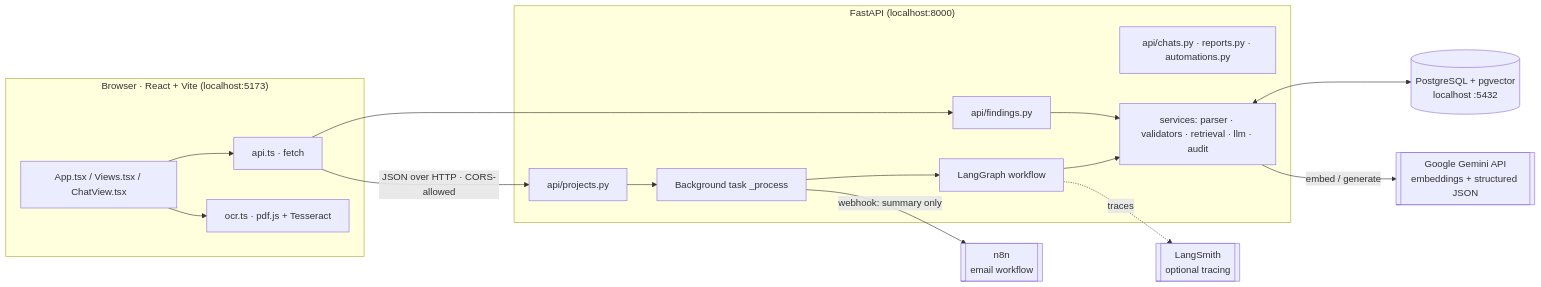
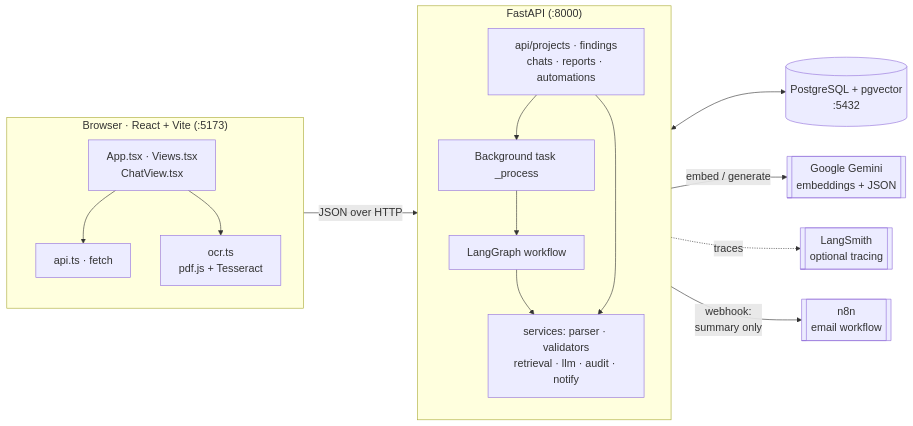
One commit to Abhinav-git1/FiberDoc_AI changed the first of 3 diagrams in PROJECT_OVERVIEW.md. Above: the diagram before and after it, drawn with Mermaid. The commit also changed 2 other files, not shown here.

Commit message:
Architecture diagrams: horizontal flow, boxes stacked inside each group so they render bigger

````diff
--- a/PROJECT_OVERVIEW.md
+++ b/PROJECT_OVERVIEW.md
@@ -62,34 +62,33 @@
 ```mermaid
-%%{init: {"flowchart": {"useMaxWidth": false}}}%%
+%%{init: {"themeVariables": {"fontSize": "18px"}}}%%
 flowchart LR
-  subgraph Browser["Browser · React + Vite (localhost:5173)"]
-    UI[App.tsx / Views.tsx / ChatView.tsx]
+  subgraph Browser["Browser · React + Vite (:5173)"]
+    direction TB
+    UI[App.tsx · Views.tsx<br/>ChatView.tsx]
     API[api.ts · fetch]
-    OCR[ocr.ts · pdf.js + Tesseract]
+    OCR[ocr.ts<br/>pdf.js + Tesseract]
     UI --> API
     UI --> OCR
   end
 
-  subgraph Server["FastAPI (localhost:8000)"]
-    R1[api/projects.py]
-    R2[api/findings.py]
-    R3[api/chats.py · reports.py · automations.py]
+  subgraph Server["FastAPI (:8000)"]
+    direction TB
+    R[api/projects · findings<br/>chats · reports · automations]
     BG[Background task _process]
     WF[LangGraph workflow]
-    SVC[services: parser · validators · retrieval · llm · audit]
-    R1 --> BG --> WF --> SVC
-    R2 --> SVC
+    SVC[services: parser · validators<br/>retrieval · llm · audit · notify]
+    R --> BG --> WF --> SVC
+    R --> SVC
   end
 
-  DB[(PostgreSQL + pgvector<br/>localhost :5432)]
-  GEM[[Google Gemini API<br/>embeddings + structured JSON]]
+  DB[(PostgreSQL + pgvector<br/>:5432)]
+  GEM[[Google Gemini<br/>embeddings + JSON]]
   LS[[LangSmith<br/>optional tracing]]
+  N8N[[n8n<br/>email workflow]]
 
-  API -- "JSON over HTTP · CORS-allowed" --> R1
-  API --> R2
-  SVC <--> DB
-  SVC -- "embed / generate" --> GEM
-  WF -.traces.-> LS
-  N8N[[n8n<br/>email workflow]]
-  BG -- "webhook: summary only" --> N8N
+  Browser -- "JSON over HTTP" --> Server
+  Server <--> DB
+  Server -- "embed / generate" --> GEM
+  Server -. traces .-> LS
+  Server -- "webhook:<br/>summary only" --> N8N
 ```
````
